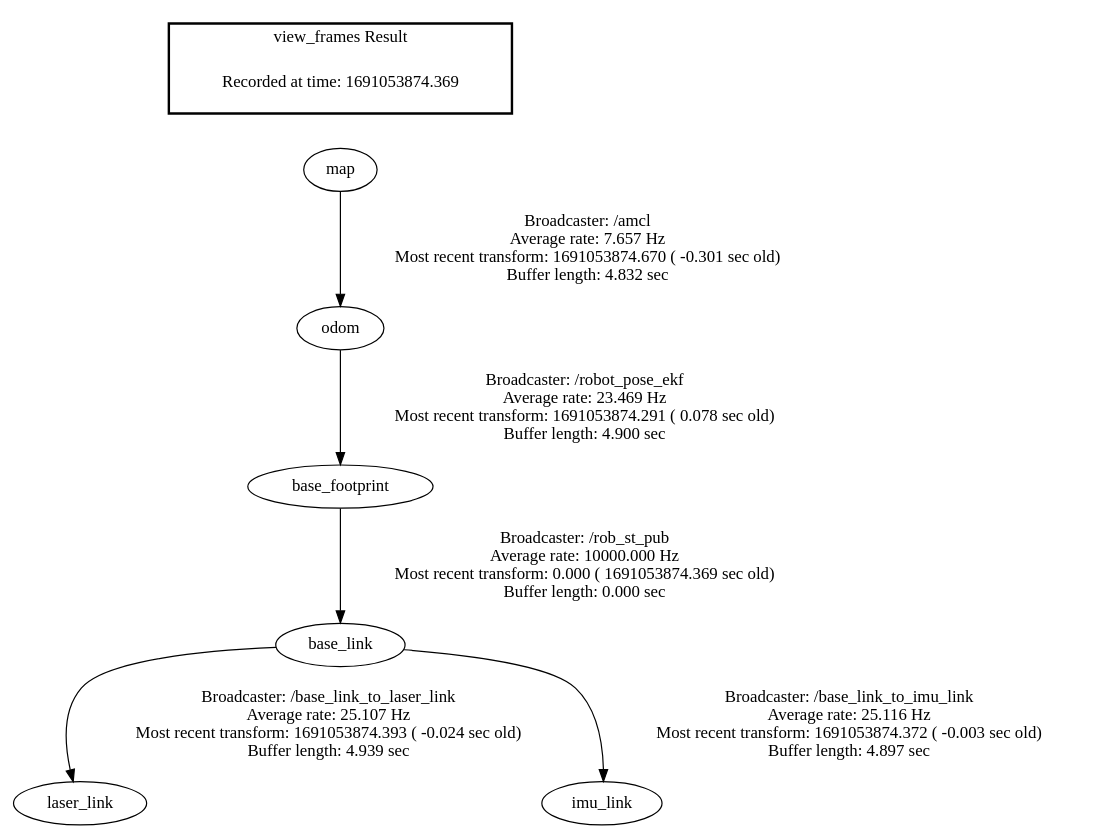
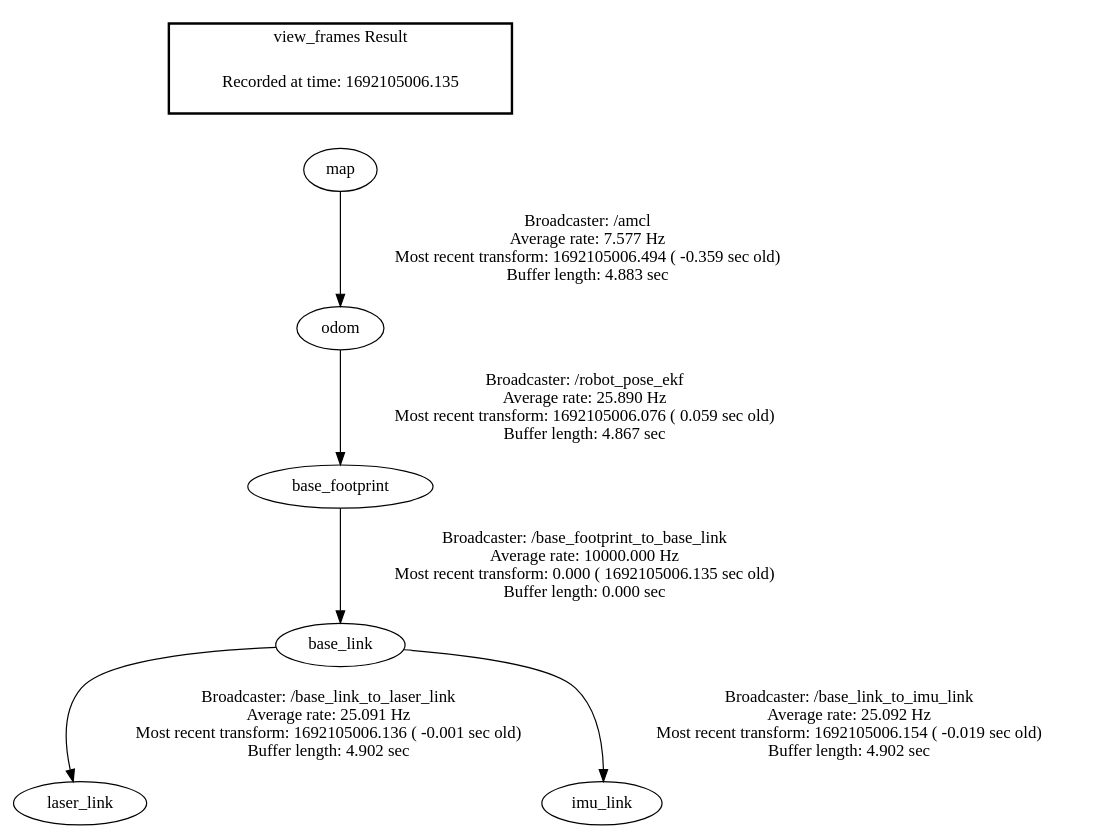
One commit to mulempyo/my_first_ros_robot changed the diagram in frames.gv. Above: the diagram before and after it, drawn with Graphviz. The commit also changed 9 other files, not shown here.

```diff
--- a/frames.gv
+++ b/frames.gv
@@ -1,11 +1,11 @@
 digraph G {
-"base_link" -> "laser_link"[label="Broadcaster: /base_link_to_laser_link\nAverage rate: 25.107 Hz\nMost recent transform: 1691053874.393 ( -0.024 sec old)\nBuffer length: 4.939 sec\n"];
-"base_footprint" -> "base_link"[label="Broadcaster: /rob_st_pub\nAverage rate: 10000.000 Hz\nMost recent transform: 0.000 ( 1691053874.369 sec old)\nBuffer length: 0.000 sec\n"];
-"odom" -> "base_footprint"[label="Broadcaster: /robot_pose_ekf\nAverage rate: 23.469 Hz\nMost recent transform: 1691053874.291 ( 0.078 sec old)\nBuffer length: 4.900 sec\n"];
-"map" -> "odom"[label="Broadcaster: /amcl\nAverage rate: 7.657 Hz\nMost recent transform: 1691053874.670 ( -0.301 sec old)\nBuffer length: 4.832 sec\n"];
-"base_link" -> "imu_link"[label="Broadcaster: /base_link_to_imu_link\nAverage rate: 25.116 Hz\nMost recent transform: 1691053874.372 ( -0.003 sec old)\nBuffer length: 4.897 sec\n"];
+"base_footprint" -> "base_link"[label="Broadcaster: /base_footprint_to_base_link\nAverage rate: 10000.000 Hz\nMost recent transform: 0.000 ( 1692105006.135 sec old)\nBuffer length: 0.000 sec\n"];
+"odom" -> "base_footprint"[label="Broadcaster: /robot_pose_ekf\nAverage rate: 25.890 Hz\nMost recent transform: 1692105006.076 ( 0.059 sec old)\nBuffer length: 4.867 sec\n"];
+"base_link" -> "laser_link"[label="Broadcaster: /base_link_to_laser_link\nAverage rate: 25.091 Hz\nMost recent transform: 1692105006.136 ( -0.001 sec old)\nBuffer length: 4.902 sec\n"];
+"base_link" -> "imu_link"[label="Broadcaster: /base_link_to_imu_link\nAverage rate: 25.092 Hz\nMost recent transform: 1692105006.154 ( -0.019 sec old)\nBuffer length: 4.902 sec\n"];
+"map" -> "odom"[label="Broadcaster: /amcl\nAverage rate: 7.577 Hz\nMost recent transform: 1692105006.494 ( -0.359 sec old)\nBuffer length: 4.883 sec\n"];
 edge [style=invis];
  subgraph cluster_legend { style=bold; color=black; label ="view_frames Result";
-"Recorded at time: 1691053874.369"[ shape=plaintext ] ;
+"Recorded at time: 1692105006.135"[ shape=plaintext ] ;
  }->"map";
 }
```
